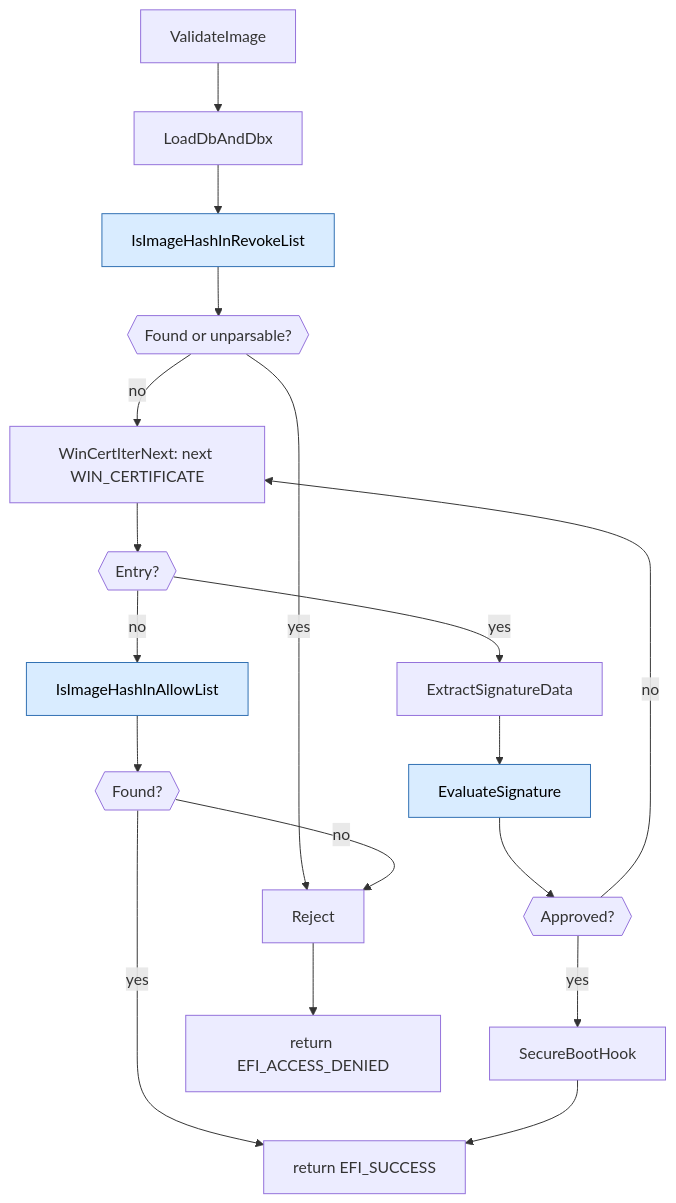
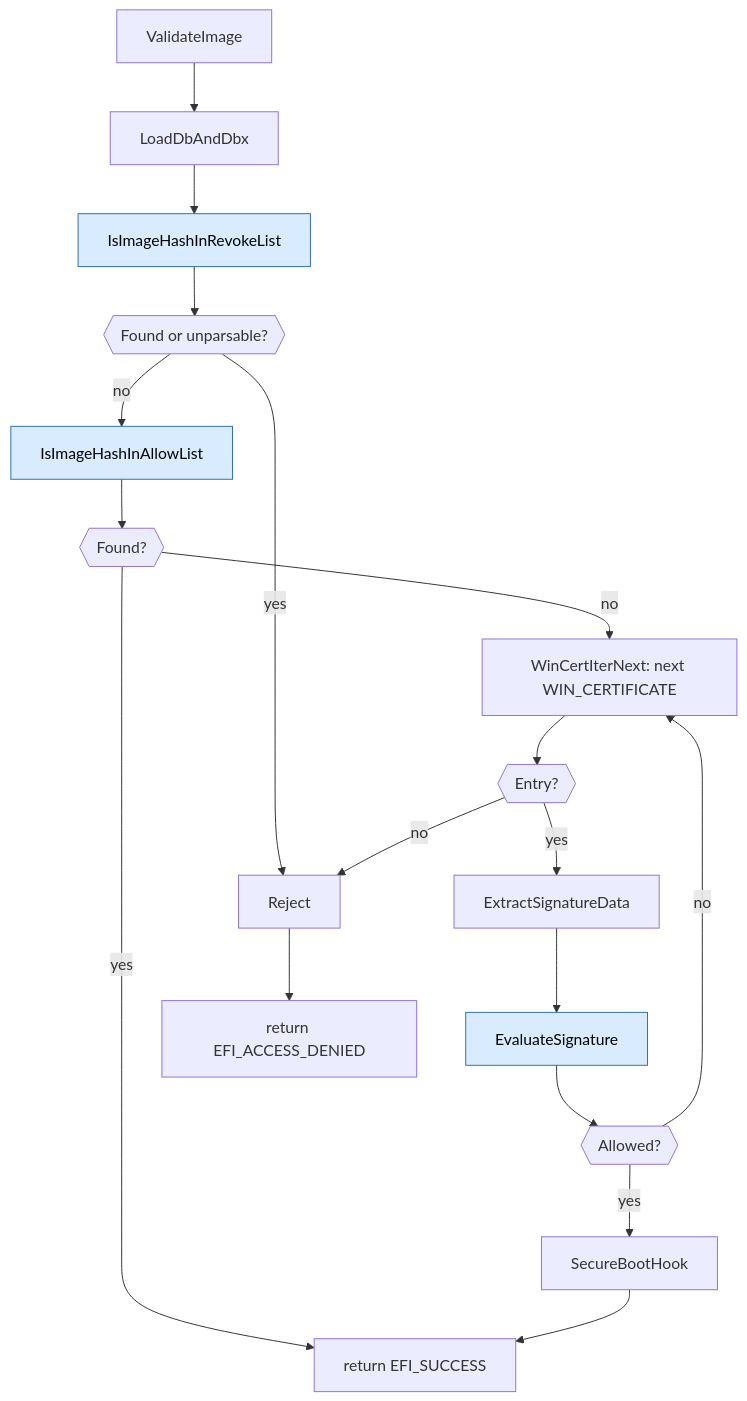
The second of 5 diagrams in SecurityPkg/Library/DxeImageVerificationLib2/README.md (microsoft/mu_basecore), drawn with Mermaid before and after one commit. The commit also changed other lines of this file and 1 other file, not shown here.

First line of the commit message:
SecurityPkg: DxeImageVerificationLib: Check Hash Before Certs

````diff
--- a/SecurityPkg/Library/DxeImageVerificationLib2/README.md
+++ b/SecurityPkg/Library/DxeImageVerificationLib2/README.md
@@ -115,23 +115,23 @@
 ```mermaid
 flowchart TD
     A[ValidateImage] --> B[LoadDbAndDbx]
     B --> S1[IsImageHashInRevokeList]
     S1 --> S1Q{{Found or unparsable?}}
     S1Q -- yes --> R[Reject]
-    S1Q -- no  --> D1[WinCertIterNext: next WIN_CERTIFICATE]
+    S1Q -- no  --> H[IsImageHashInAllowList]
+    H --> H1{{Found?}}
+    H1 -- yes --> S
+    H1 -- no  --> D1[WinCertIterNext: next WIN_CERTIFICATE]
     D1 --> D2{{Entry?}}
     D2 -- yes --> EA[ExtractSignatureData]
     EA --> IA[EvaluateSignature]
-    IA --> IA1{{Approved?}}
+    IA --> IA1{{Allowed?}}
     IA1 -- yes --> G[SecureBootHook]
     IA1 -- no --> D1
-    D2 -- no  --> H[IsImageHashInAllowList]
-    H --> H1{{Found?}}
-    H1 -- yes --> S
-    H1 -- no  --> R
+    D2 -- no  --> R
     G --> S[return EFI_SUCCESS]
     R --> X[return EFI_ACCESS_DENIED]
 
     classDef drill fill:#d9ecff,stroke:#2f6fb2,color:#000;
     class IA,S1,H drill;
 ```
````
